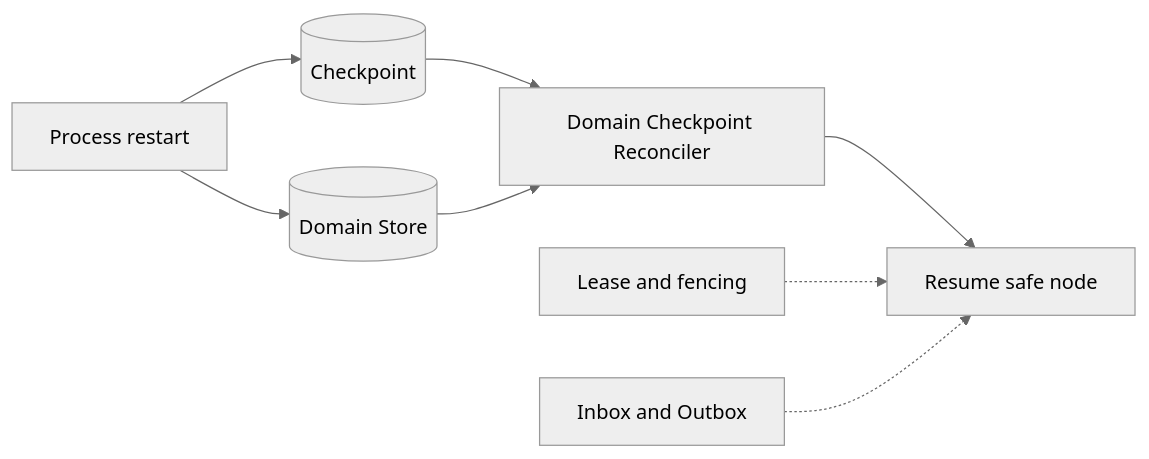
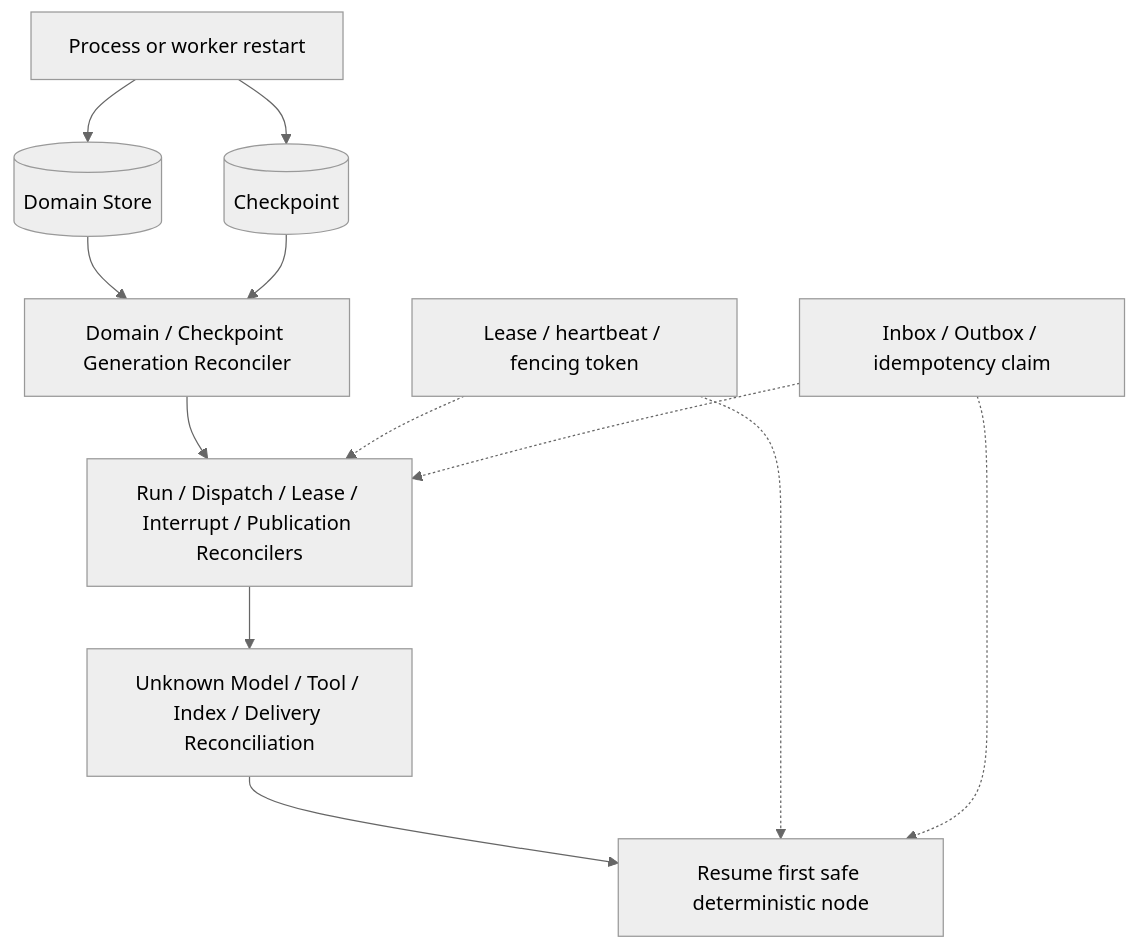
Before and after one commit to ProfessorZhi/Zuno: diagram 12 of 30 in .agent/architecture/architecture-views.md, drawn with Mermaid (neutral theme). The commit also changed other lines of this file and 22 other files, not shown here.

Commit message:
docs: realign total architecture with canonical modules

````diff
--- a/.agent/architecture/architecture-views.md
+++ b/.agent/architecture/architecture-views.md
@@ -187,10 +206,11 @@
 ```mermaid
-flowchart LR
-  RESTART[Process restart] --> CHECK[(Checkpoint)]
-  RESTART --> DOMAIN[(Domain Store)]
-  CHECK --> RECON[Domain Checkpoint Reconciler]
-  DOMAIN --> RECON
-  RECON --> RESUME[Resume safe node]
-  LEASE[Lease and fencing] -.-> RESUME
-  OUTBOX[Inbox and Outbox] -.-> RESUME
+flowchart TB
+  RESTART[Process or worker restart] --> DOMAIN[(Domain Store)]
+  RESTART --> CHECK[(Checkpoint)]
+  DOMAIN & CHECK --> GEN[Domain / Checkpoint Generation Reconciler]
+  GEN --> ORPHAN[Run / Dispatch / Lease / Interrupt / Publication Reconcilers]
+  ORPHAN --> EFFECT[Unknown Model / Tool / Index / Delivery Reconciliation]
+  EFFECT --> RESUME[Resume first safe deterministic node]
+  LEASE[Lease / heartbeat / fencing token] -.-> ORPHAN & RESUME
+  INBOX[Inbox / Outbox / idempotency claim] -.-> ORPHAN & RESUME
 ```
````
